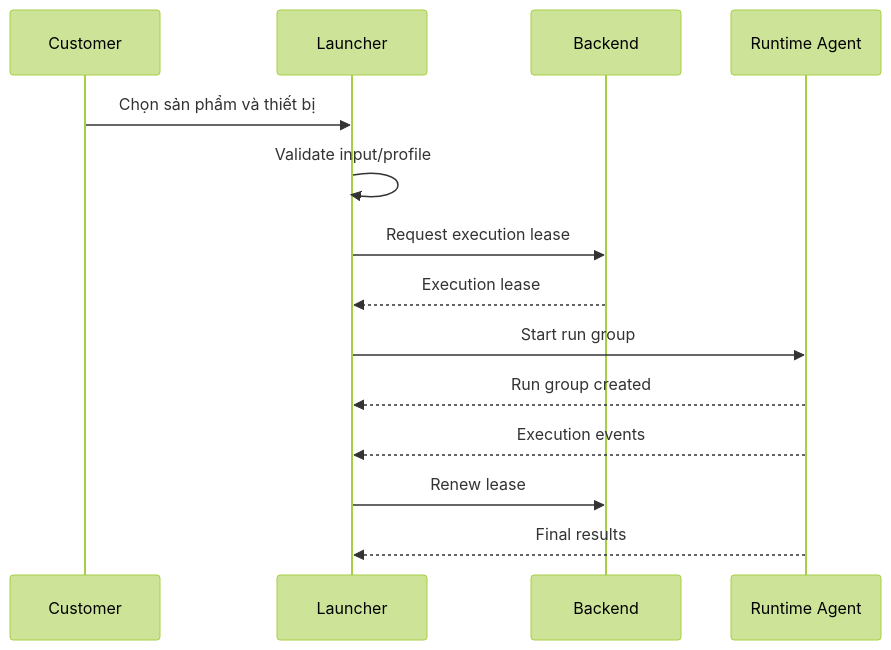
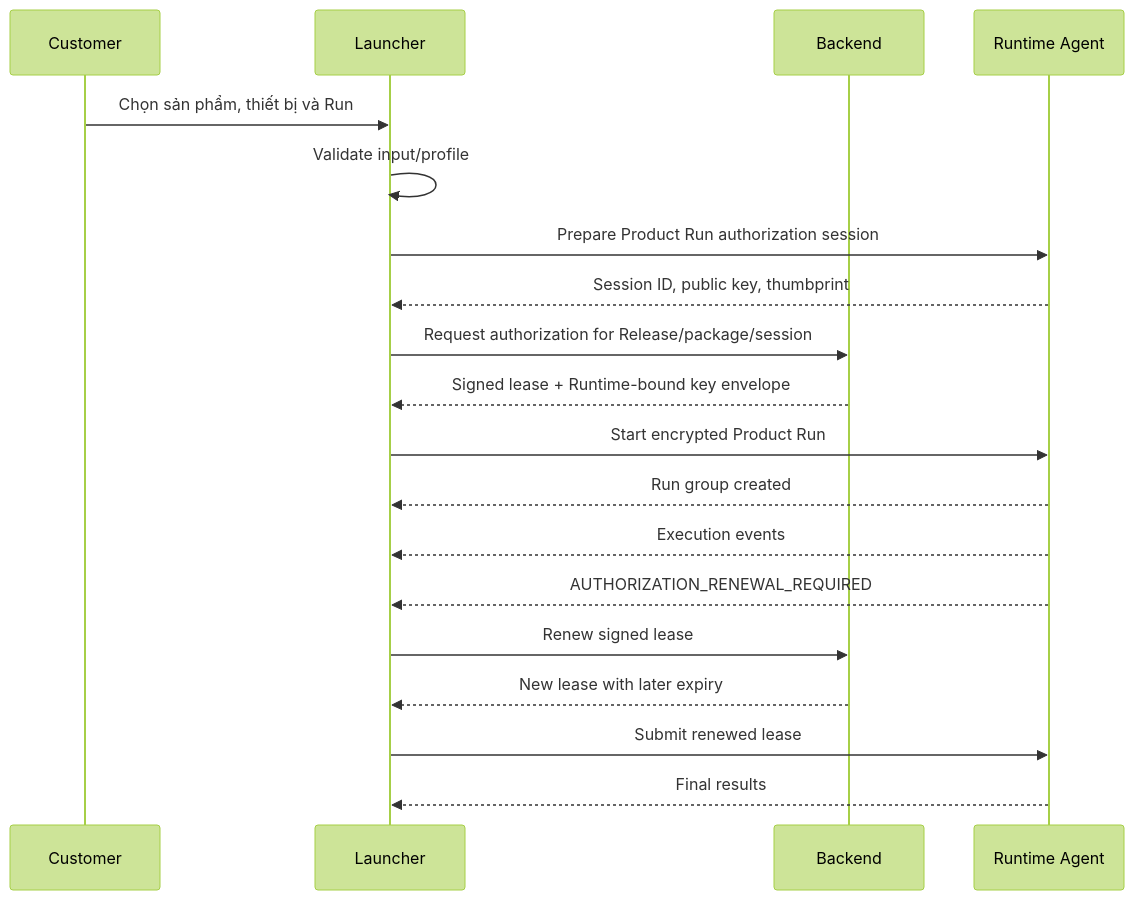
Before and after one commit to A2MaTex/a2matex-docs: the diagram in components/a2matex-launcher/4_user_flow.md, drawn with Mermaid (forest theme). The commit also changed other lines of this file and 47 other files, not shown here.

Commit message:
add run time process foundation and product execution authorization specs

````diff
--- a/components/a2matex-launcher/4_user_flow.md
+++ b/components/a2matex-launcher/4_user_flow.md
@@ -39,17 +39,22 @@
 ```mermaid
 sequenceDiagram
     participant U as Customer
     participant L as Launcher
     participant B as Backend
     participant R as Runtime Agent
 
-    U->>L: Chọn sản phẩm và thiết bị
+    U->>L: Chọn sản phẩm, thiết bị và Run
     L->>L: Validate input/profile
-    L->>B: Request execution lease
-    B-->>L: Execution lease
-    L->>R: Start run group
+    L->>R: Prepare Product Run authorization session
+    R-->>L: Session ID, public key, thumbprint
+    L->>B: Request authorization for Release/package/session
+    B-->>L: Signed lease + Runtime-bound key envelope
+    L->>R: Start encrypted Product Run
     R-->>L: Run group created
     R-->>L: Execution events
-    L->>B: Renew lease
+    R-->>L: AUTHORIZATION_RENEWAL_REQUIRED
+    L->>B: Renew signed lease
+    B-->>L: New lease with later expiry
+    L->>R: Submit renewed lease
     R-->>L: Final results
 ```
````
